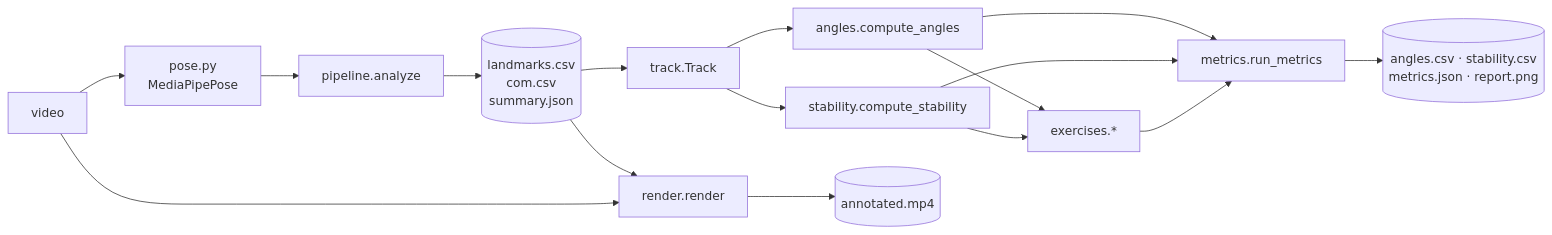
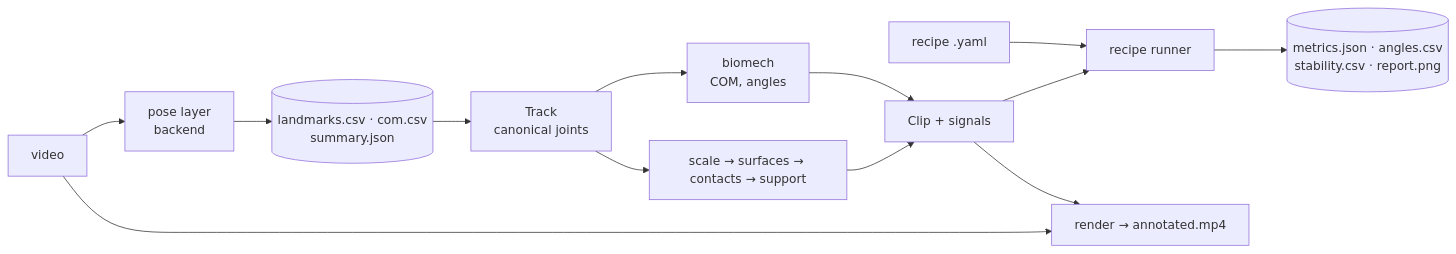
One commit to ruderad/ClimbVision changed the diagram in docs/GUIDE.md. Above: the diagram before and after it, drawn with Mermaid. The commit also changed other lines of this file and 56 other files, not shown here.

First line of the commit message:
E1: layered engine, canonical skeleton, YAML recipes

````diff
--- a/docs/GUIDE.md
+++ b/docs/GUIDE.md
@@ -668,18 +735,15 @@
 ```mermaid
 flowchart LR
-  V[video] --> P[pose.py<br/>MediaPipePose]
-  P --> PL[pipeline.analyze]
-  PL --> L[(landmarks.csv<br/>com.csv<br/>summary.json)]
-  L --> T[track.Track]
-  T --> A[angles.compute_angles]
-  T --> S[stability.compute_stability]
-  A --> E[exercises.*]
-  S --> E
-  A --> M[metrics.run_metrics]
-  S --> M
-  E --> M
-  M --> O[(angles.csv · stability.csv<br/>metrics.json · report.png)]
-  L --> R[render.render]
-  V --> R
-  R --> AV[(annotated.mp4)]
+  V[video] --> P[pose layer<br/>backend]
+  P --> L[(landmarks.csv · com.csv<br/>summary.json)]
+  L --> T[Track<br/>canonical joints]
+  T --> B[biomech<br/>COM, angles]
+  T --> S[scale → surfaces → contacts → support]
+  B --> C[Clip + signals]
+  S --> C
+  Y[recipe .yaml] --> R[recipe runner]
+  C --> R
+  R --> O[(metrics.json · angles.csv<br/>stability.csv · report.png)]
+  C --> AV[render → annotated.mp4]
+  V --> AV
 ```
````
